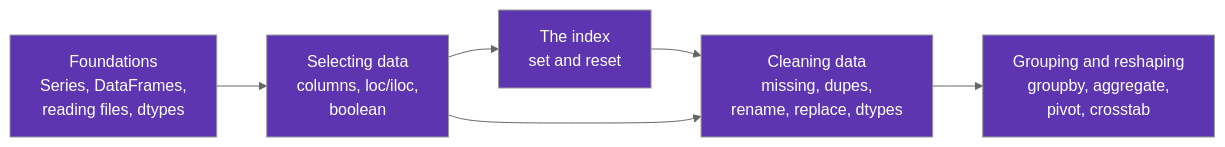
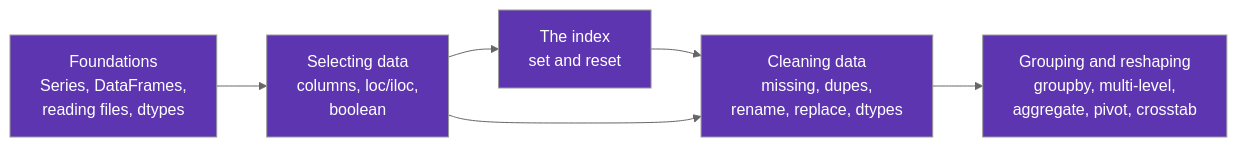
One commit to karywnl/pandas changed the diagram in docs/index.md. Above: the diagram before and after it, drawn with Mermaid (neutral theme). The commit also changed 4 other files, not shown here.

First line of the commit message:
feat: add "Multi-level GroupBy" chapter

````diff
--- a/docs/index.md
+++ b/docs/index.md
@@ -16,13 +16,13 @@
 ```mermaid
 flowchart LR
     F["Foundations<br/>Series, DataFrames,<br/>reading files, dtypes"] --> SEL["Selecting data<br/>columns, loc/iloc,<br/>boolean"]
     SEL --> IDX["The index<br/>set and reset"]
     IDX --> CLEAN["Cleaning data<br/>missing, dupes,<br/>rename, replace, dtypes"]
-    CLEAN --> GRP["Grouping and reshaping<br/>groupby, aggregate,<br/>pivot, crosstab"]
+    CLEAN --> GRP["Grouping and reshaping<br/>groupby, multi-level,<br/>aggregate, pivot, crosstab"]
     SEL --> CLEAN
     style F fill:#5e35b1,color:#fff
     style SEL fill:#5e35b1,color:#fff
     style IDX fill:#5e35b1,color:#fff
     style CLEAN fill:#5e35b1,color:#fff
     style GRP fill:#5e35b1,color:#fff
 ```
````
